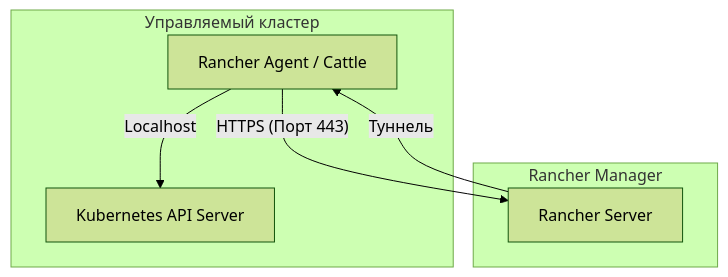
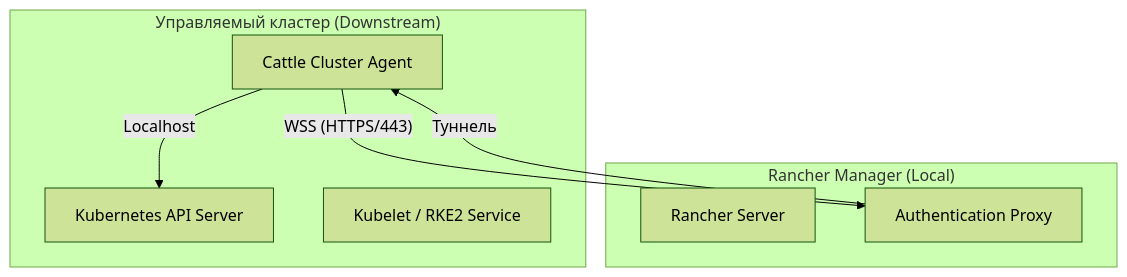
The diagram in Kubernetes/Rancher/rancher_rke.md (37signalsS/notes), drawn with Mermaid (forest theme) before and after one commit. The commit also changed other lines of this file and 770 other files, not shown here.

````diff
--- a/Kubernetes/Rancher/rancher_rke.md
+++ b/Kubernetes/Rancher/rancher_rke.md
@@ -19,15 +19,17 @@
 ```mermaid
 graph TD
-    subgraph "Управляемый кластер"
-        Agent[Rancher Agent / Cattle]
+    subgraph "Управляемый кластер (Downstream)"
+        Agent[Cattle Cluster Agent]
         K8sAPI[Kubernetes API Server]
+        Kubelet[Kubelet / RKE2 Service]
     end
     
-    subgraph "Rancher Manager"
+    subgraph "Rancher Manager (Local)"
         Server[Rancher Server]
+        Proxy[Authentication Proxy]
     end
 
-    Agent -- "HTTPS (Порт 443)" --> Server
-    Server -- "Туннель" --> Agent
+    Agent -- "WSS (HTTPS/443)" --> Proxy
+    Proxy -- "Туннель" --> Agent
     Agent -- "Localhost" --> K8sAPI
 ```
````
